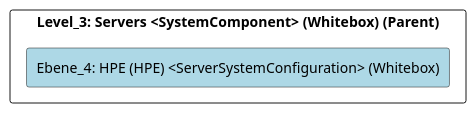
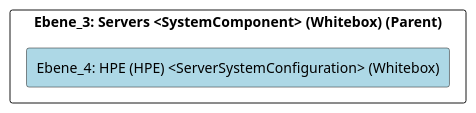
Before and after one commit to marcozwyssig/cleon: the diagram in src/cleon.architecturemethods.arc42.sample/doc/cleon_architecturemethods_arc42_sample_system/adoc/de/05_bausteinsicht/ikt/infrastruture/servers/hpe/ebene_4_hpe.adoc, drawn with PlantUML. The commit also changed other lines of this file and 620 other files, not shown here.

```diff
--- a/src/cleon.architecturemethods.arc42.sample/doc/cleon_architecturemethods_arc42_sample_system/adoc/de/05_bausteinsicht/ikt/infrastruture/servers/hpe/ebene_4_hpe.adoc
+++ b/src/cleon.architecturemethods.arc42.sample/doc/cleon_architecturemethods_arc42_sample_system/adoc/de/05_bausteinsicht/ikt/infrastruture/servers/hpe/ebene_4_hpe.adoc
@@ -20,24 +20,24 @@
 [plantuml, Ebene_4: HPE (HPE) <ServerSystemConfiguration> (Whitebox)BlockOverview, format="svg"]
 ----
 @startuml Ebene_4: HPE (HPE) <ServerSystemConfiguration> (Whitebox)BuildingBlockOverview
 
 skinparam ranksep 10
 skinparam componentStyle rectangle
 skinparam shadowing false
 skinparam arrowColor lightblue
 skinparam arrowThickness 1.2
 skinparam rectangle {
   BackgroundColor White
   BorderColor #333
   RoundCorner 10
 }
 top to bottom direction
 
-component "Level_3: Servers <SystemComponent> (Whitebox) (Parent)" {
+component "Ebene_3: Servers <SystemComponent> (Whitebox) (Parent)" {
     component "Ebene_4: HPE (HPE) <ServerSystemConfiguration> (Whitebox)" #lightblue {
     }
 
 }
 
 @enduml
 ----
```
